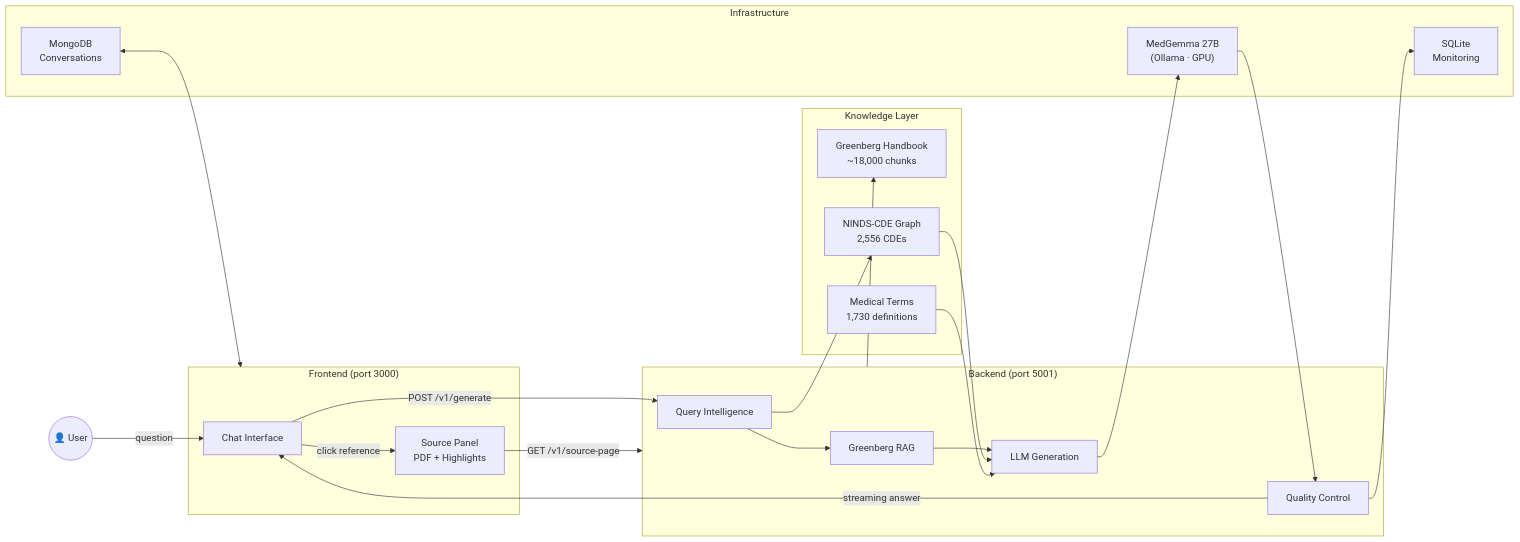
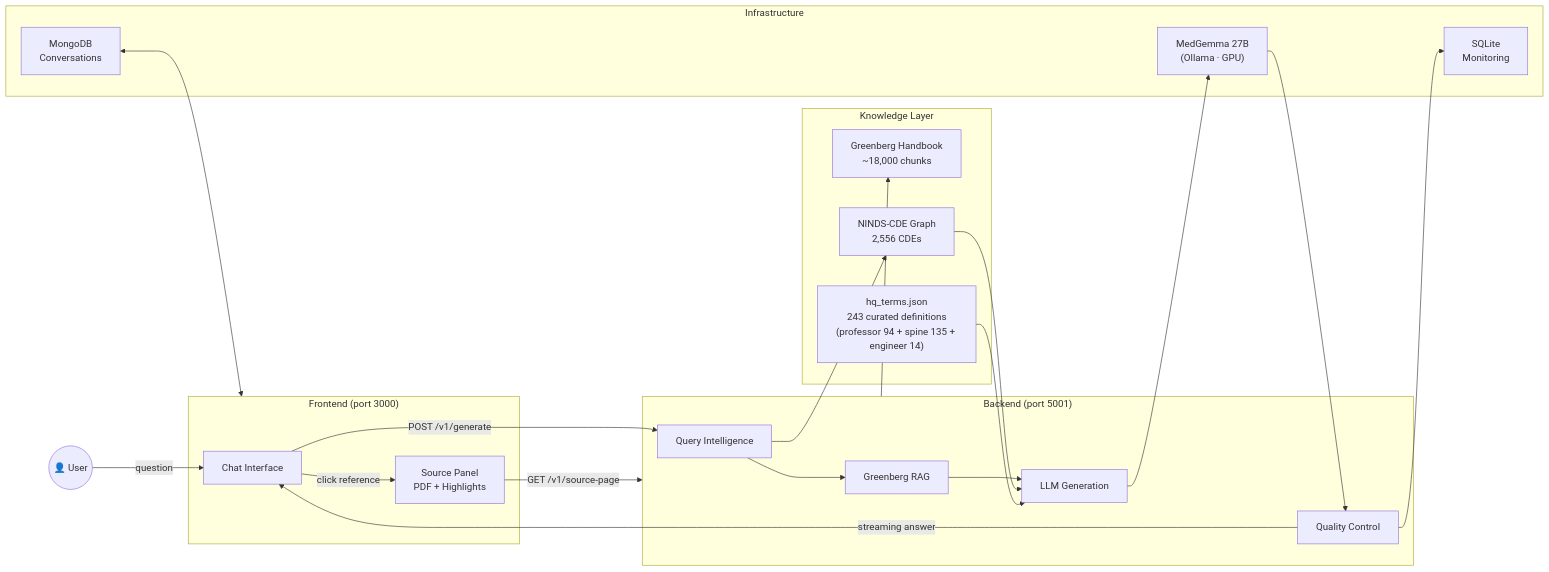
Before and after one commit to born-june04/WiseMind: the first of 10 diagrams in ARCHITECTURE.md, drawn with Mermaid. The commit also changed other lines of this file, not shown here.

First line of the commit message:
docs(v1.7.3): update Definitions Layer diagram, rename manual->engineer

````diff
--- a/ARCHITECTURE.md
+++ b/ARCHITECTURE.md
@@ -11,44 +11,44 @@
 ```mermaid
 flowchart LR
     USER(("👤 User"))
 
     subgraph FE["Frontend  (port 3000)"]
         CHAT["Chat Interface"]
         PANEL["Source Panel\nPDF + Highlights"]
     end
 
     subgraph BE["Backend  (port 5001)"]
         QUERY["Query Intelligence"]
         RAG["Greenberg RAG"]
         GEN["LLM Generation"]
         QUAL["Quality Control"]
     end
 
     subgraph KNOW["Knowledge Layer"]
         BOOK["Greenberg Handbook\n~18,000 chunks"]
         GRAPH["NINDS-CDE Graph\n2,556 CDEs"]
-        DEFS["Medical Terms\n1,730 definitions"]
+        DEFS["hq_terms.json\n243 curated definitions\n(professor 94 + spine 135 + engineer 14)"]
     end
 
     subgraph INFRA["Infrastructure"]
         LLM["MedGemma 27B\n(Ollama · GPU)"]
         DB["MongoDB\nConversations"]
         MON["SQLite\nMonitoring"]
     end
 
     USER -->|"question"| CHAT
     CHAT -->|"POST /v1/generate"| QUERY
     QUERY --> RAG
     QUERY --> GRAPH
     RAG --> GEN
     GRAPH --> GEN
     DEFS --> GEN
     GEN --> LLM
     LLM --> QUAL
     QUAL -->|"streaming answer"| CHAT
     CHAT -->|"click reference"| PANEL
     PANEL -->|"GET /v1/source-page"| BE
     BE --> BOOK
     DB <--> FE
     QUAL --> MON
 ```
````
